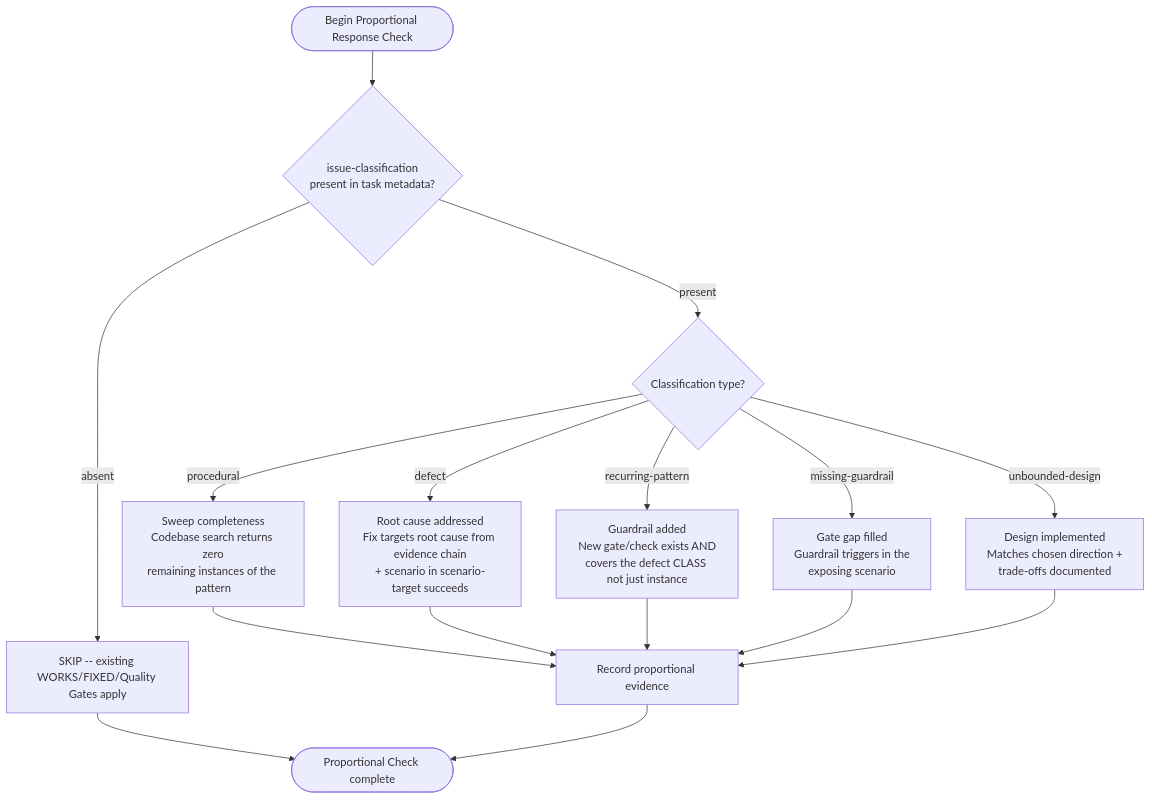
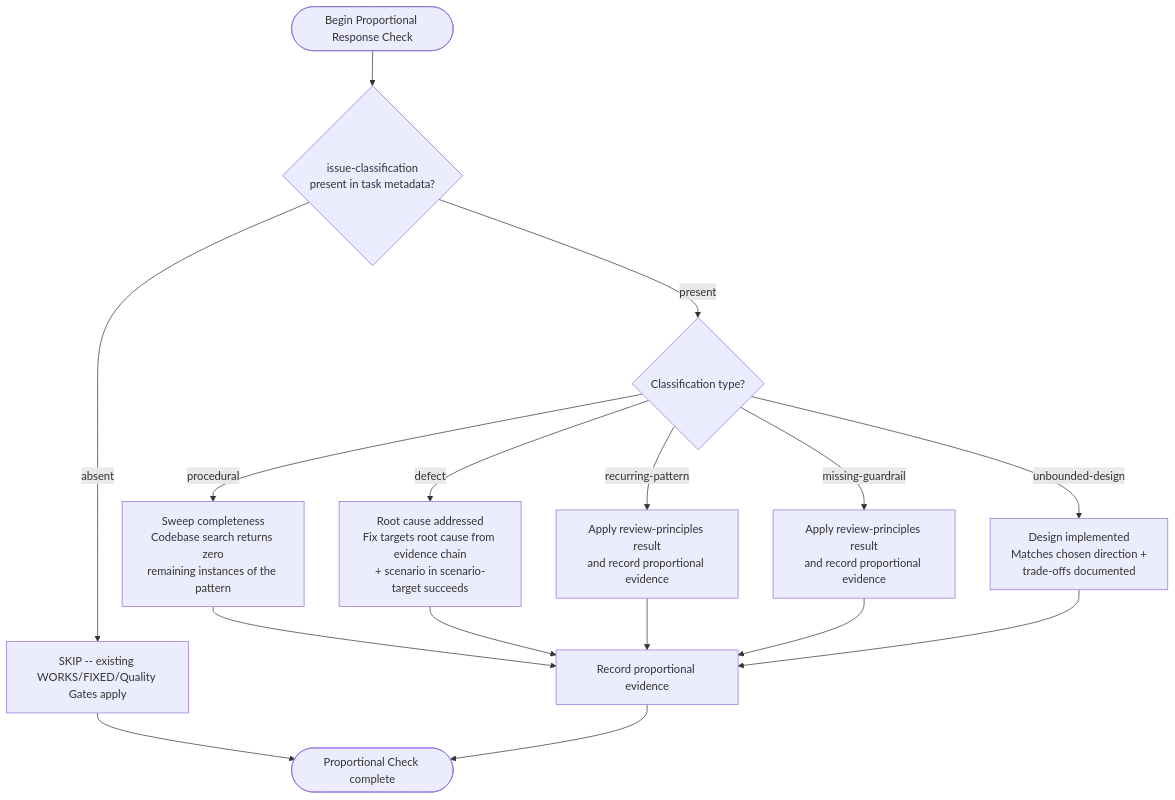
One commit to Jamie-BitFlight/claude_skills changed the second of 3 diagrams in plugins/development-harness/skills/verify-done/SKILL.md. Above: the diagram before and after it, drawn with Mermaid. The commit also changed other lines of this file and 21 other files, not shown here.

````diff
--- a/plugins/development-harness/skills/verify-done/SKILL.md
+++ b/plugins/development-harness/skills/verify-done/SKILL.md
@@ -114,18 +115,18 @@
 ```mermaid
 flowchart TD
     Start(["Begin Proportional Response Check"]) --> Q1{"issue-classification<br>present in task metadata?"}
     Q1 -->|"absent"| Skip["SKIP -- existing WORKS/FIXED/Quality Gates apply"]
     Q1 -->|"present"| Q2{"Classification type?"}
     Q2 -->|"procedural"| P["Sweep completeness<br>Codebase search returns zero<br>remaining instances of the pattern"]
     Q2 -->|"defect"| D["Root cause addressed<br>Fix targets root cause from evidence chain<br>+ scenario in scenario-target succeeds"]
-    Q2 -->|"recurring-pattern"| R["Guardrail added<br>New gate/check exists AND<br>covers the defect CLASS not just instance"]
-    Q2 -->|"missing-guardrail"| M["Gate gap filled<br>Guardrail triggers in the<br>exposing scenario"]
+    Q2 -->|"recurring-pattern"| R["Apply review-principles result<br>and record proportional evidence"]
+    Q2 -->|"missing-guardrail"| M["Apply review-principles result<br>and record proportional evidence"]
     Q2 -->|"unbounded-design"| U["Design implemented<br>Matches chosen direction +<br>trade-offs documented"]
     P --> Evidence
     D --> Evidence
     R --> Evidence
     M --> Evidence
     U --> Evidence
     Skip --> Done(["Proportional Check complete"])
     Evidence["Record proportional evidence"] --> Done
 ```
````
